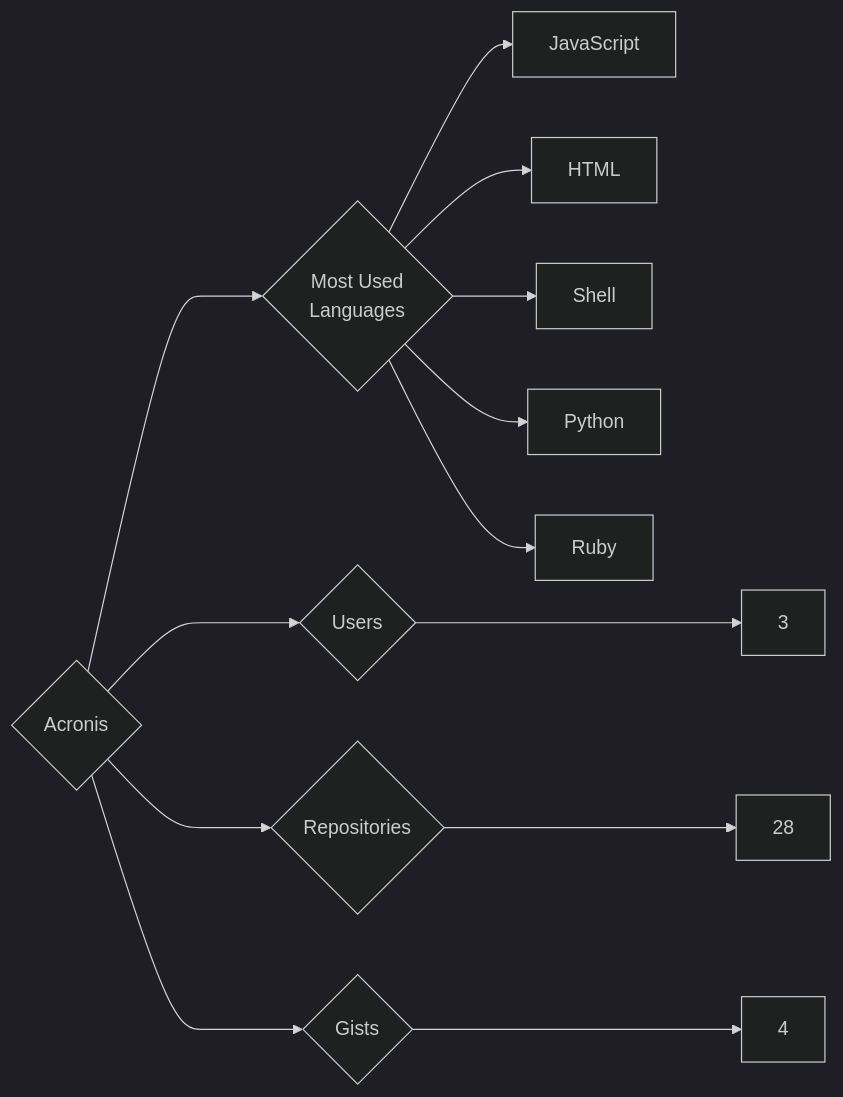
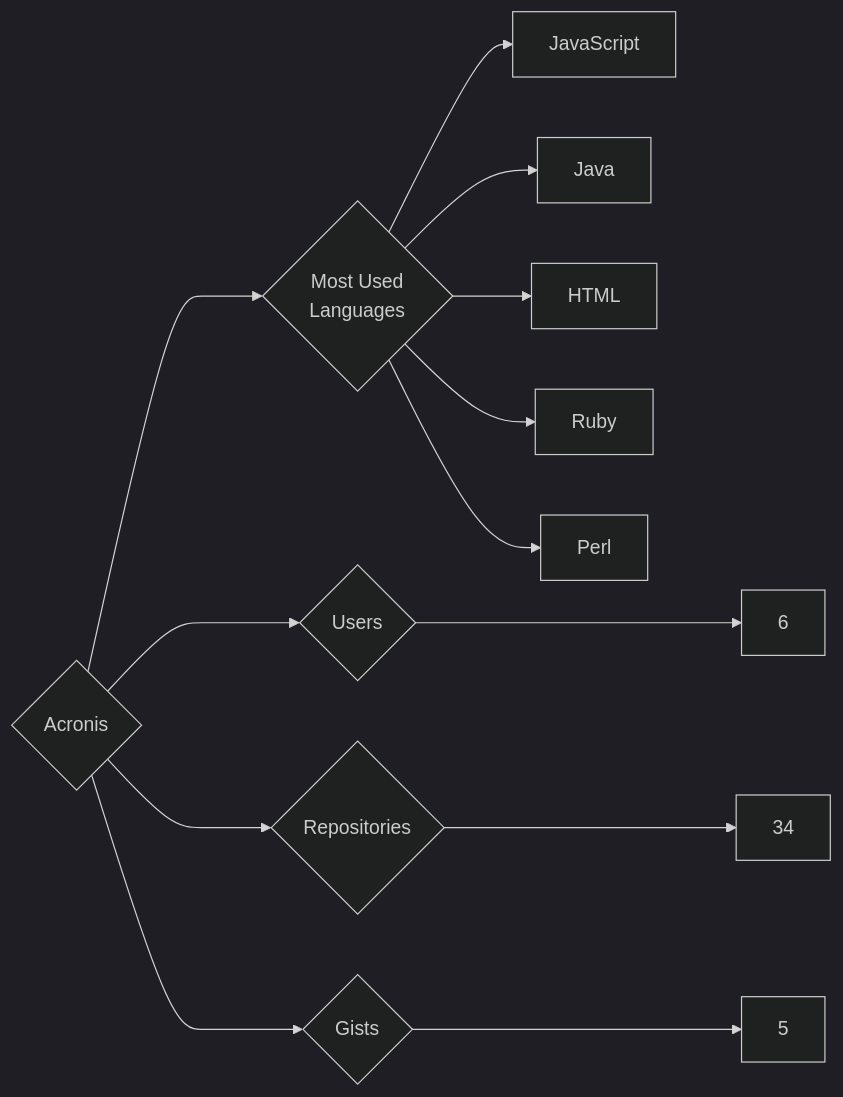
The diagram in targets/Acronis/README.md (trickest/insiders), drawn with Mermaid (dark theme) before and after one commit. The commit also changed 1166 other files, not shown here.

````diff
--- a/targets/Acronis/README.md
+++ b/targets/Acronis/README.md
@@ -3,13 +3,13 @@
 ```mermaid
 graph LR
 COMPANY_NAME{Acronis}
-COMPANY_NAME ---> U{Users} ---> UN[3]
-COMPANY_NAME ---> R{Repositories} ---> RN[28]
-COMPANY_NAME ---> G{Gists} ---> GN[4]
+COMPANY_NAME ---> U{Users} ---> UN[6]
+COMPANY_NAME ---> R{Repositories} ---> RN[34]
+COMPANY_NAME ---> G{Gists} ---> GN[5]
 COMPANY_NAME ---> ML{Most Used<br>Languages}
 ML --> JavaScript[JavaScript]
+ML --> Java[Java]
 ML --> HTML[HTML]
-ML --> Shell[Shell]
-ML --> Python[Python]
 ML --> Ruby[Ruby]
+ML --> Perl[Perl]
 ```
````
